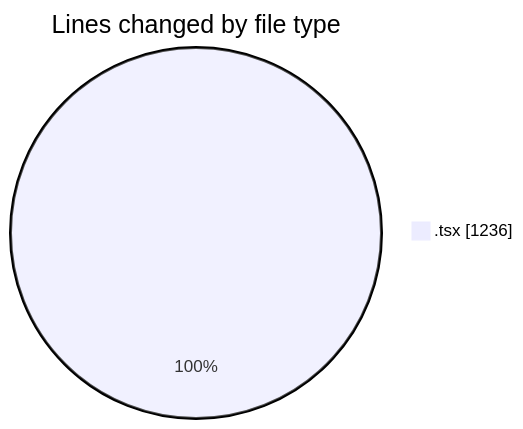
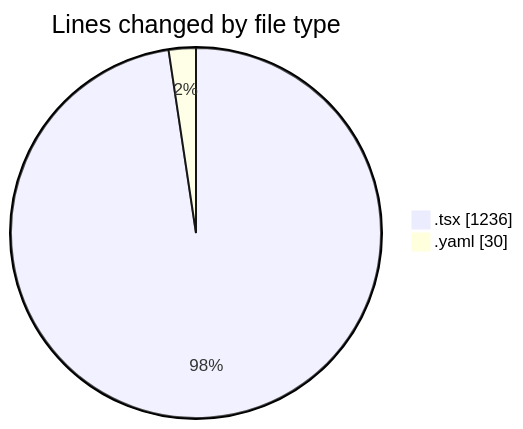
The first of 2 diagrams in 2025-11-20/cda/README.md (momahboobian/code-tracking), drawn with Mermaid before and after one commit. The commit also changed other lines of this file and 1 other file, not shown here.

````diff
--- a/2025-11-20/cda/README.md
+++ b/2025-11-20/cda/README.md
@@ -23,5 +24,6 @@
 ```mermaid
 pie showData
 title Lines changed by file type
 ".tsx" : 1236
+".yaml" : 30
 ```
````
